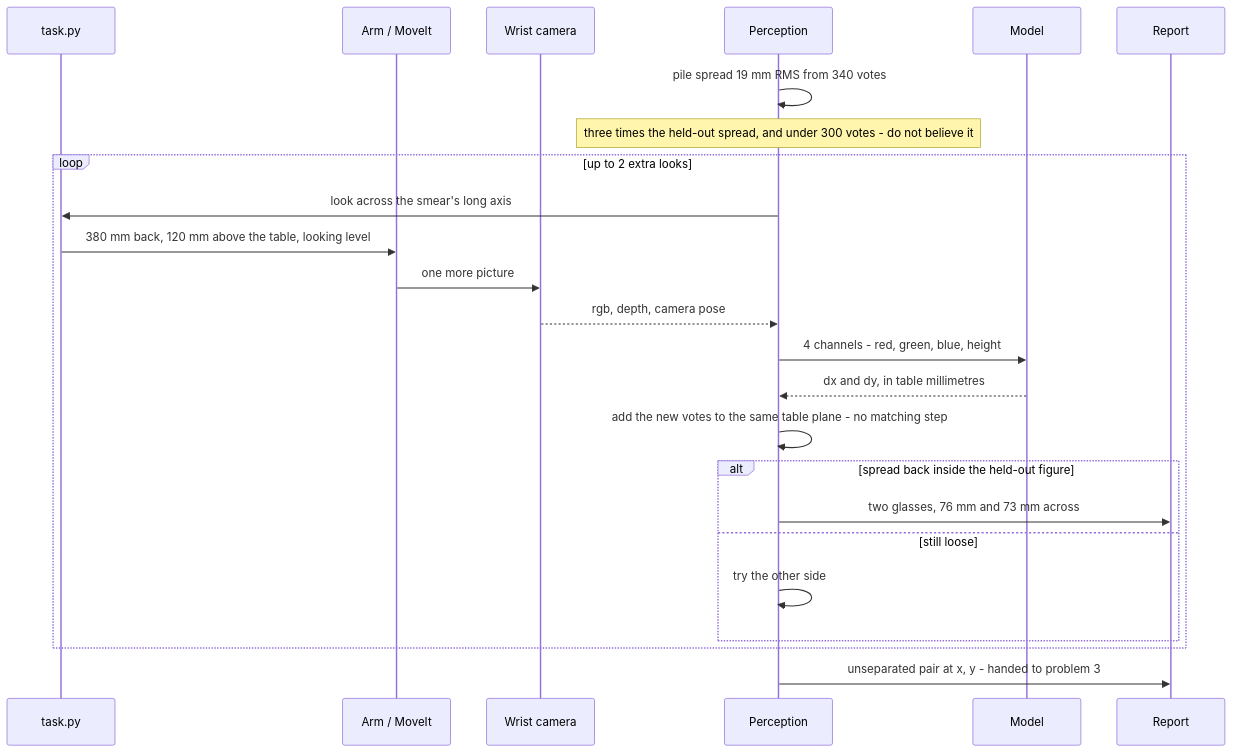
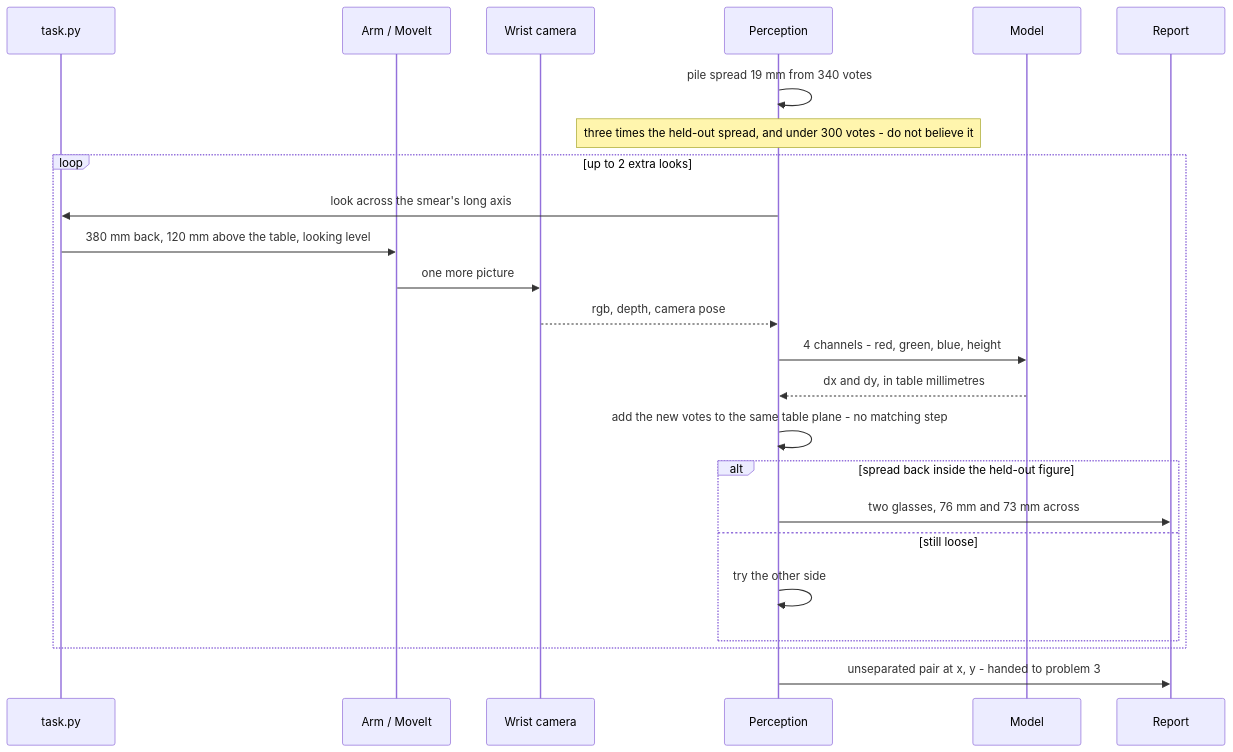
Before and after one commit to RobinNagpal/robot-arm-projects: the second of 3 diagrams in v5-pick-glasses/docs/problem-2/solutions/08-per-pixel-votes-for-the-centre.md, drawn with Mermaid. The commit also changed other lines of this file and 1 other file, not shown here.

````diff
--- a/v5-pick-glasses/docs/problem-2/solutions/08-per-pixel-votes-for-the-centre.md
+++ b/v5-pick-glasses/docs/problem-2/solutions/08-per-pixel-votes-for-the-centre.md
@@ -330,26 +350,26 @@
 ```mermaid
 sequenceDiagram
     participant T as task.py
     participant A as Arm / MoveIt
     participant C as Wrist camera
     participant P as Perception
     participant M as Model
     participant R as Report
-    P->>P: pile spread 19 mm RMS from 340 votes
+    P->>P: pile spread 19 mm from 340 votes
     Note over P: three times the held-out spread, and under 300 votes - do not believe it
     loop up to 2 extra looks
         P->>T: look across the smear's long axis
         T->>A: 380 mm back, 120 mm above the table, looking level
         A->>C: one more picture
         C-->>P: rgb, depth, camera pose
         P->>M: 4 channels - red, green, blue, height
         M-->>P: dx and dy, in table millimetres
         P->>P: add the new votes to the same table plane - no matching step
         alt spread back inside the held-out figure
             P->>R: two glasses, 76 mm and 73 mm across
         else still loose
             P->>P: try the other side
         end
     end
     P->>R: unseparated pair at x, y - handed to problem 3
 ```
````
